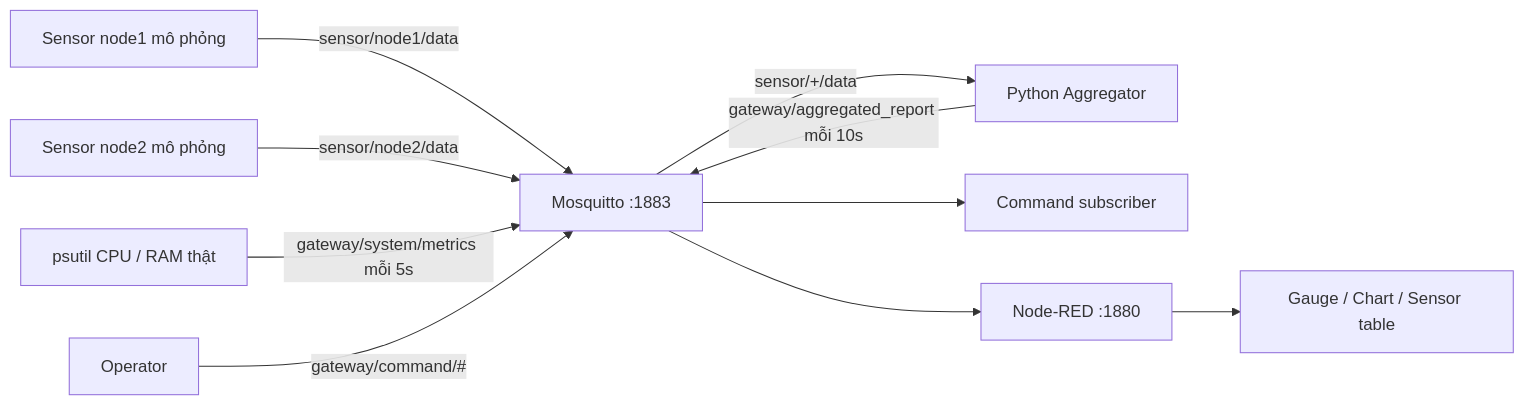
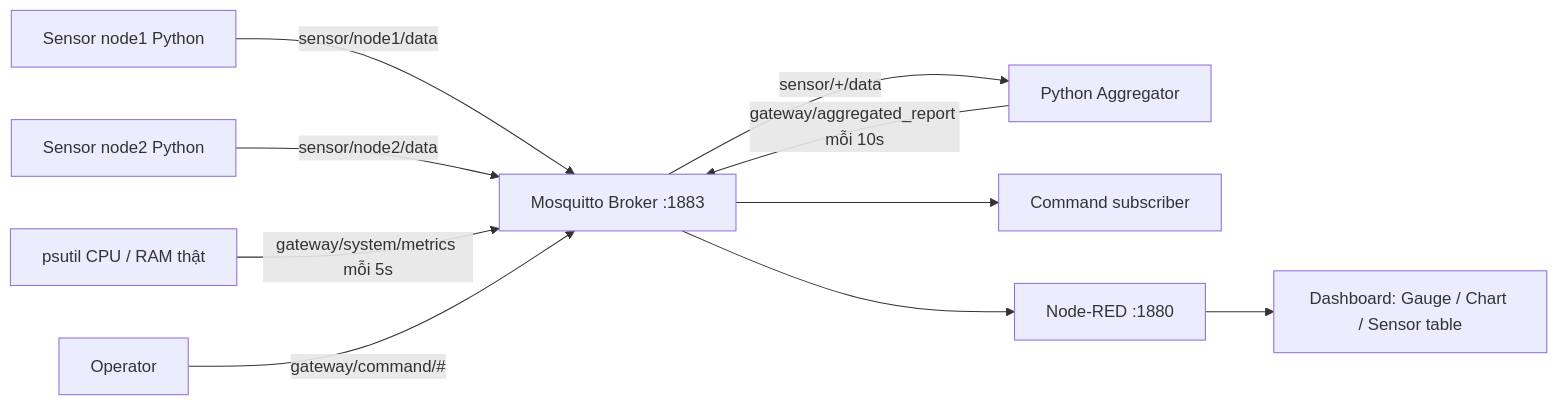
The diagram in README.md (TogPam/iot-lab5), drawn with Mermaid before and after one commit. The commit also changed other lines of this file and 40 other files, not shown here.

````diff
--- a/README.md
+++ b/README.md
@@ -87,12 +35,12 @@
 ```mermaid
 flowchart LR
-    S1[Sensor node1 mô phỏng] -->|sensor/node1/data| M[Mosquitto :1883]
-    S2[Sensor node2 mô phỏng] -->|sensor/node2/data| M
+    S1[Sensor node1 Python] -->|sensor/node1/data| M[Mosquitto Broker :1883]
+    S2[Sensor node2 Python] -->|sensor/node2/data| M
     P[psutil CPU / RAM thật] -->|gateway/system/metrics mỗi 5s| M
     M -->|sensor/+/data| A[Python Aggregator]
     A -->|gateway/aggregated_report mỗi 10s| M
     O[Operator] -->|gateway/command/#| M
     M --> C[Command subscriber]
     M --> N[Node-RED :1880]
-    N --> D[Gauge / Chart / Sensor table]
+    N --> D[Dashboard: Gauge / Chart / Sensor table]
 ```
````
